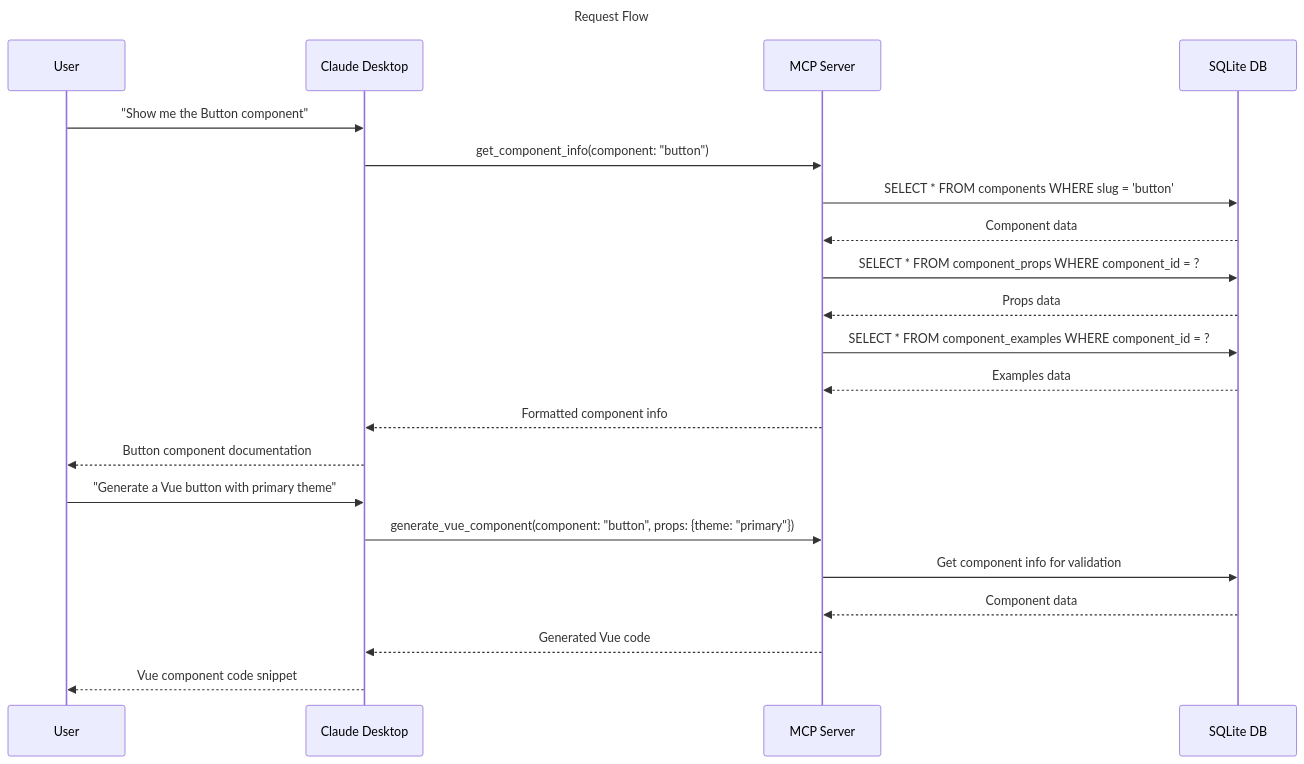
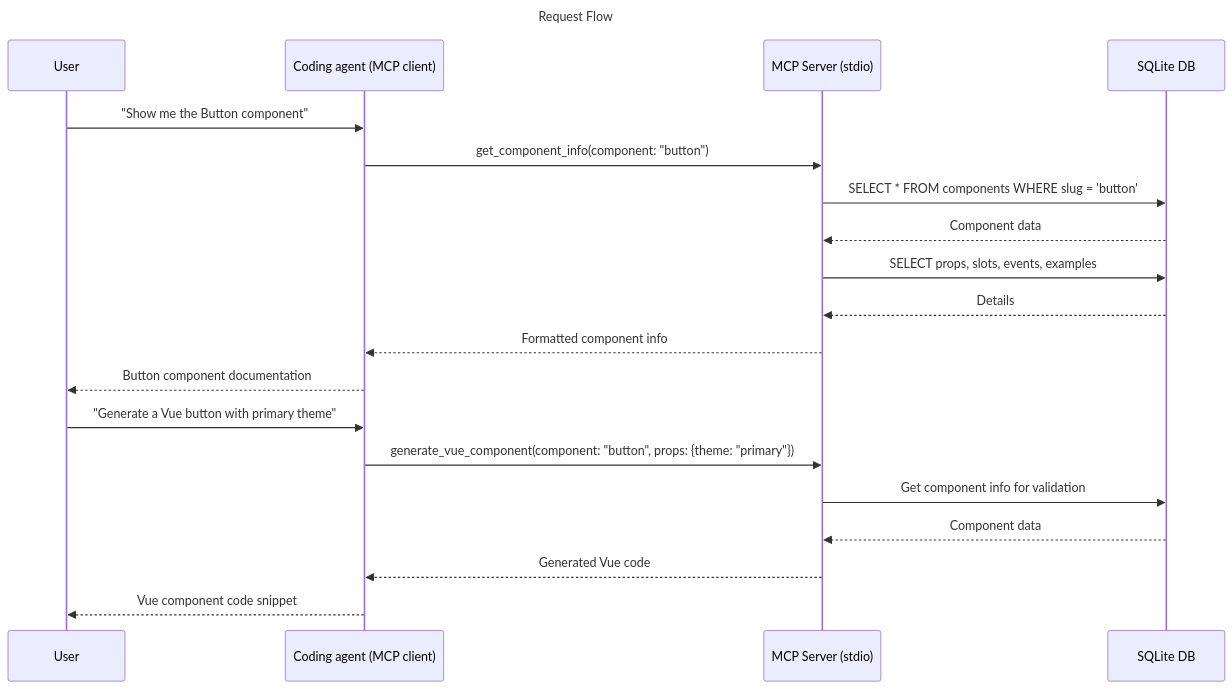
One commit to MerzoukeMansouri/adeo-mozaic-mcp changed the diagram in docs/assets/sequence.mmd. Above: the diagram before and after it, drawn with Mermaid. The commit also changed 29 other files, not shown here.

First line of the commit message:
docs: bring README, docs, diagrams and website up to date

```diff
--- a/docs/assets/sequence.mmd
+++ b/docs/assets/sequence.mmd
@@ -1,26 +1,24 @@
 ---
 title: Request Flow
 ---
 sequenceDiagram
     participant User
-    participant Claude as Claude Desktop
-    participant MCP as MCP Server
+    participant Agent as Coding agent (MCP client)
+    participant MCP as MCP Server (stdio)
     participant DB as SQLite DB
 
-    User->>Claude: "Show me the Button component"
-    Claude->>MCP: get_component_info(component: "button")
+    User->>Agent: "Show me the Button component"
+    Agent->>MCP: get_component_info(component: "button")
     MCP->>DB: SELECT * FROM components WHERE slug = 'button'
     DB-->>MCP: Component data
-    MCP->>DB: SELECT * FROM component_props WHERE component_id = ?
-    DB-->>MCP: Props data
-    MCP->>DB: SELECT * FROM component_examples WHERE component_id = ?
-    DB-->>MCP: Examples data
-    MCP-->>Claude: Formatted component info
-    Claude-->>User: Button component documentation
+    MCP->>DB: SELECT props, slots, events, examples
+    DB-->>MCP: Details
+    MCP-->>Agent: Formatted component info
+    Agent-->>User: Button component documentation
 
-    User->>Claude: "Generate a Vue button with primary theme"
-    Claude->>MCP: generate_vue_component(component: "button", props: {theme: "primary"})
+    User->>Agent: "Generate a Vue button with primary theme"
+    Agent->>MCP: generate_vue_component(component: "button", props: {theme: "primary"})
     MCP->>DB: Get component info for validation
     DB-->>MCP: Component data
-    MCP-->>Claude: Generated Vue code
-    Claude-->>User: Vue component code snippet
+    MCP-->>Agent: Generated Vue code
+    Agent-->>User: Vue component code snippet
```
